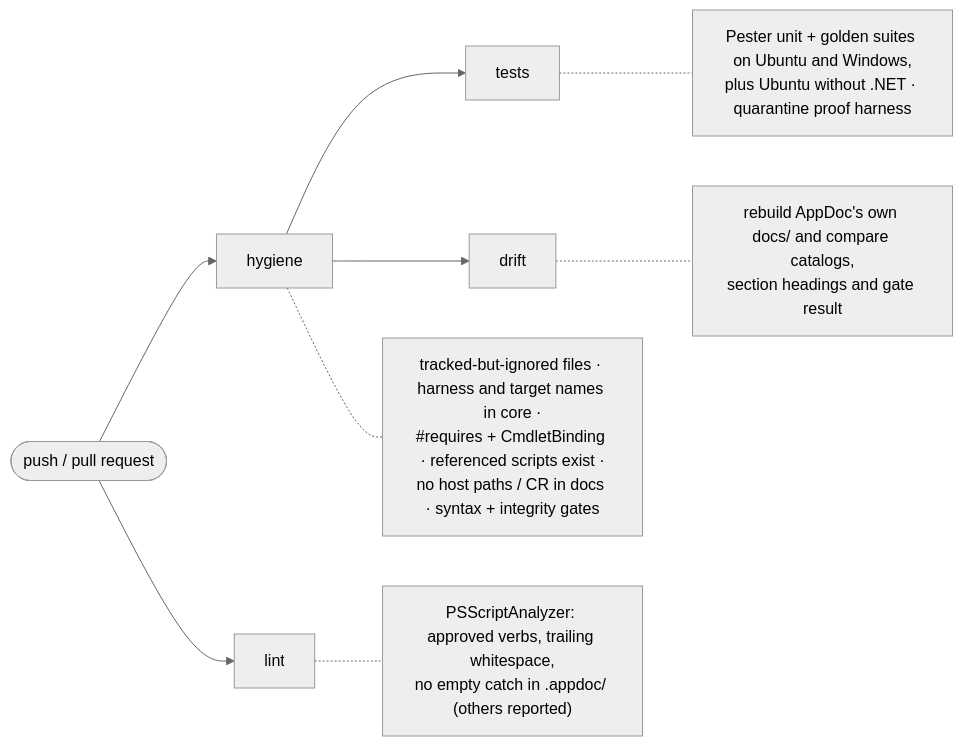
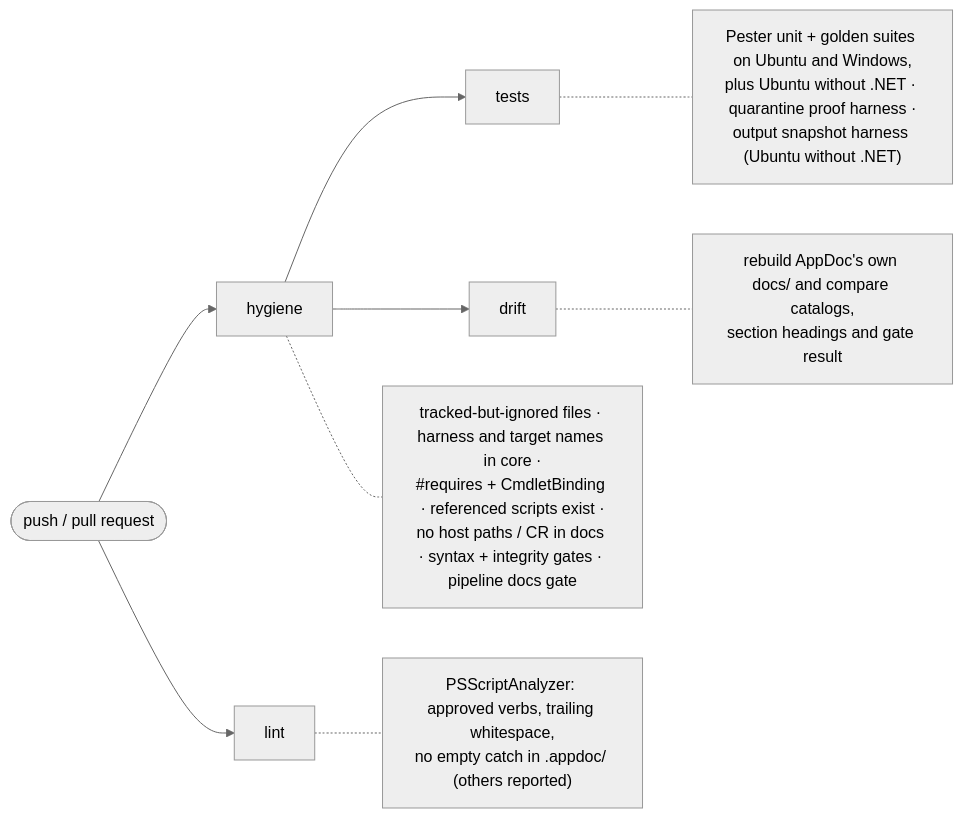
Before and after one commit to HeWhoRoams/AppDoc: the sixth of 6 diagrams in README.md, drawn with Mermaid (neutral theme). The commit also changed other lines of this file and 169 other files, not shown here.

First line of the commit message:
Add output snapshot harness for fixture validation and baseline comparison

````diff
--- a/README.md
+++ b/README.md
@@ -341,11 +326,11 @@
 ```mermaid
 flowchart LR
     PR([push / pull request]) --> H[hygiene]
     PR --> L[lint]
     H --> T[tests]
     H --> D[drift]
-    H -.- H1["tracked-but-ignored files · harness and target names in core ·<br/>#requires + CmdletBinding · referenced scripts exist ·<br/>no host paths / CR in docs · syntax + integrity gates"]
+    H -.- H1["tracked-but-ignored files · harness and target names in core ·<br/>#requires + CmdletBinding · referenced scripts exist ·<br/>no host paths / CR in docs · syntax + integrity gates · pipeline docs gate"]
     L -.- L1["PSScriptAnalyzer: approved verbs, trailing whitespace,<br/>no empty catch in .appdoc/ (others reported)"]
-    T -.- T1["Pester unit + golden suites on Ubuntu and Windows,<br/>plus Ubuntu without .NET · quarantine proof harness"]
+    T -.- T1["Pester unit + golden suites on Ubuntu and Windows,<br/>plus Ubuntu without .NET · quarantine proof harness ·<br/>output snapshot harness (Ubuntu without .NET)"]
     D -.- D1["rebuild AppDoc's own docs/ and compare catalogs,<br/>section headings and gate result"]
 ```
````
